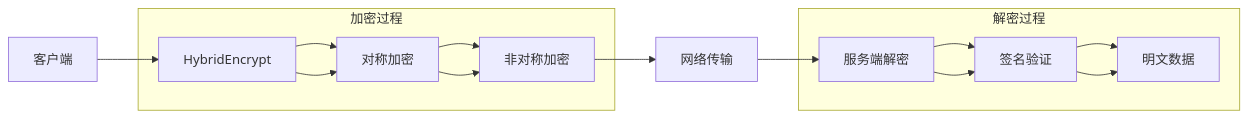
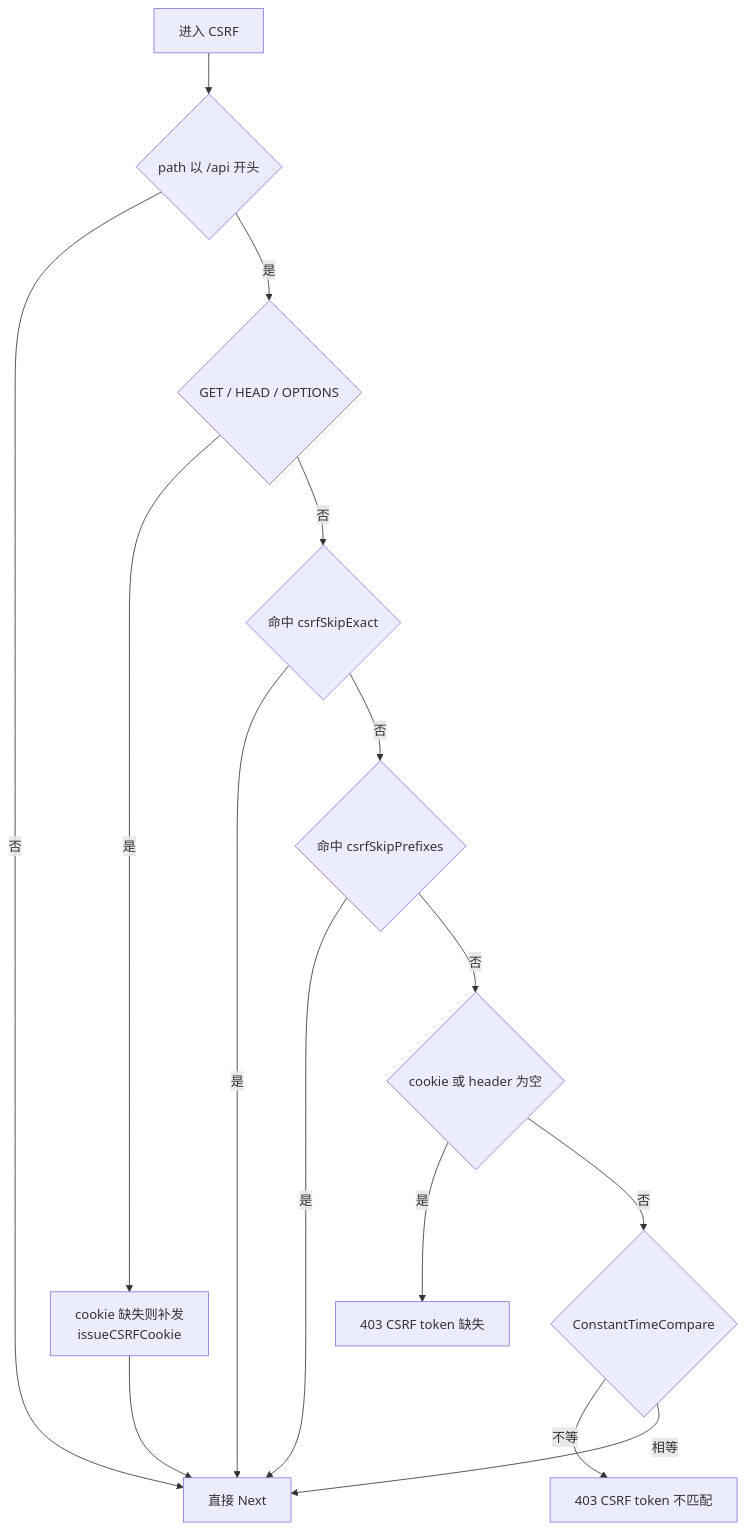
The third of 4 diagrams in docs/后端开发指南/中间件系统.md (x01n/dnsplane), drawn with Mermaid before and after one commit. The commit also changed other lines of this file and 326 other files, not shown here.

````diff
--- a/docs/后端开发指南/中间件系统.md
+++ b/docs/后端开发指南/中间件系统.md
@@ -352,18 +359,17 @@
 ```mermaid
-flowchart LR
-A[客户端] --> B[HybridEncrypt]
-B --> C[对称加密]
-C --> D[非对称加密]
-D --> E[网络传输]
-E --> F[服务端解密]
-F --> G[签名验证]
-G --> H[明文数据]
-subgraph "加密过程"
-B --> C
-C --> D
-end
-subgraph "解密过程"
-F --> G
-G --> H
-end
+flowchart TD
+    A["进入 CSRF"] --> B{"path 以 /api 开头"}
+    B -- 否 --> N["直接 Next"]
+    B -- 是 --> C{"GET / HEAD / OPTIONS"}
+    C -- 是 --> D["cookie 缺失则补发<br/>issueCSRFCookie"]
+    D --> N
+    C -- 否 --> E{"命中 csrfSkipExact"}
+    E -- 是 --> N
+    E -- 否 --> F{"命中 csrfSkipPrefixes"}
+    F -- 是 --> N
+    F -- 否 --> G{"cookie 或 header 为空"}
+    G -- 是 --> X["403 CSRF token 缺失"]
+    G -- 否 --> H{"ConstantTimeCompare"}
+    H -- 不等 --> Y["403 CSRF token 不匹配"]
+    H -- 相等 --> N
 ```
````
